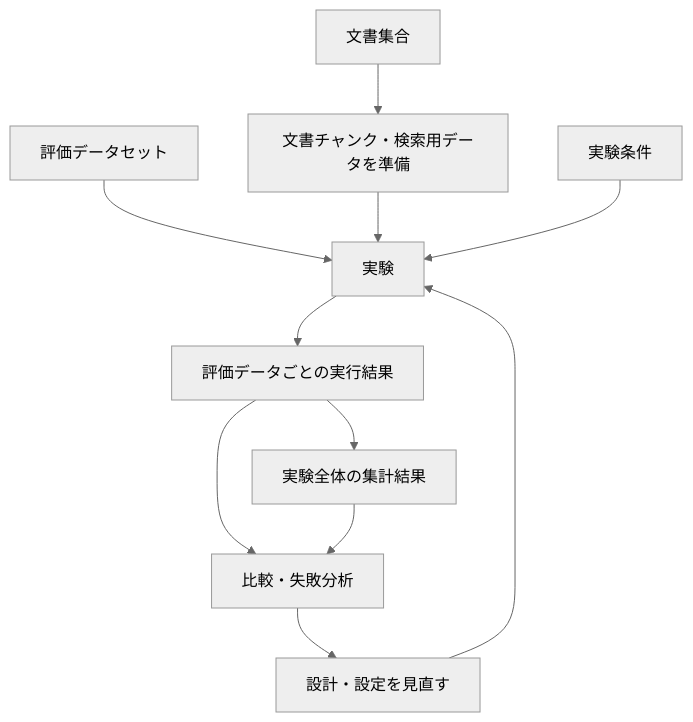
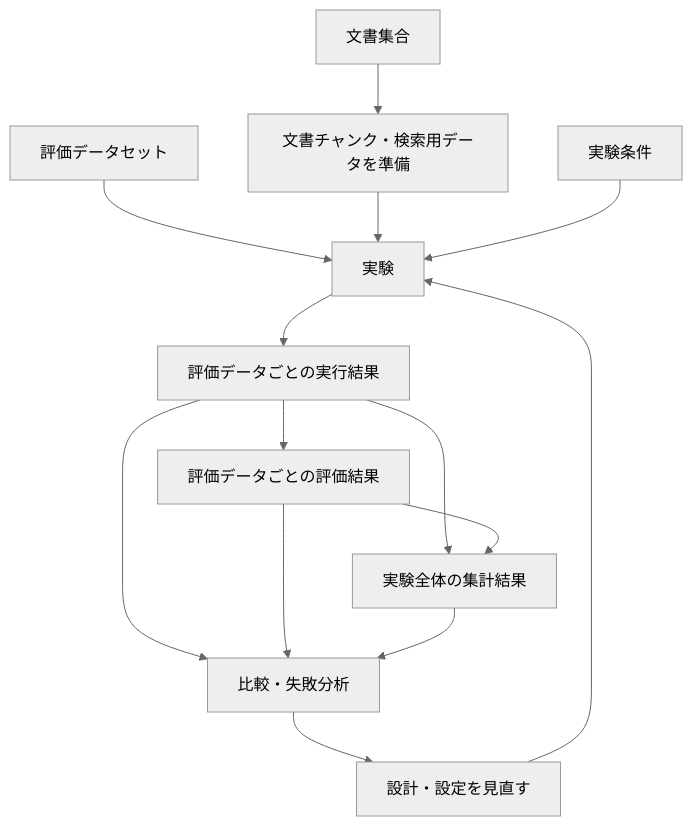
Before and after one commit to takashit16833/RAGScope: the diagram in project-docs/RAGScope概要.md, drawn with Mermaid (neutral theme). The commit also changed other lines of this file and 13 other files, not shown here.

````diff
--- a/project-docs/RAGScope概要.md
+++ b/project-docs/RAGScope概要.md
@@ -80,13 +81,16 @@
 ```mermaid
 flowchart TD
     Documents["文書集合"] --> Prepare["文書チャンク・検索用データを準備"]
     Dataset["評価データセット"] --> Experiment["実験"]
     Prepare --> Experiment
     Conditions["実験条件"] --> Experiment
-    Experiment --> PerData["評価データごとの実行結果"]
-    PerData --> Aggregate["実験全体の集計結果"]
-    PerData --> Compare["比較・失敗分析"]
+    Experiment --> Execution["評価データごとの実行結果"]
+    Execution --> Evaluation["評価データごとの評価結果"]
+    Execution --> Aggregate["実験全体の集計結果"]
+    Evaluation --> Aggregate
+    Execution --> Compare["比較・失敗分析"]
+    Evaluation --> Compare
     Aggregate --> Compare
     Compare --> Improve["設計・設定を見直す"]
     Improve --> Experiment
 ```
````
